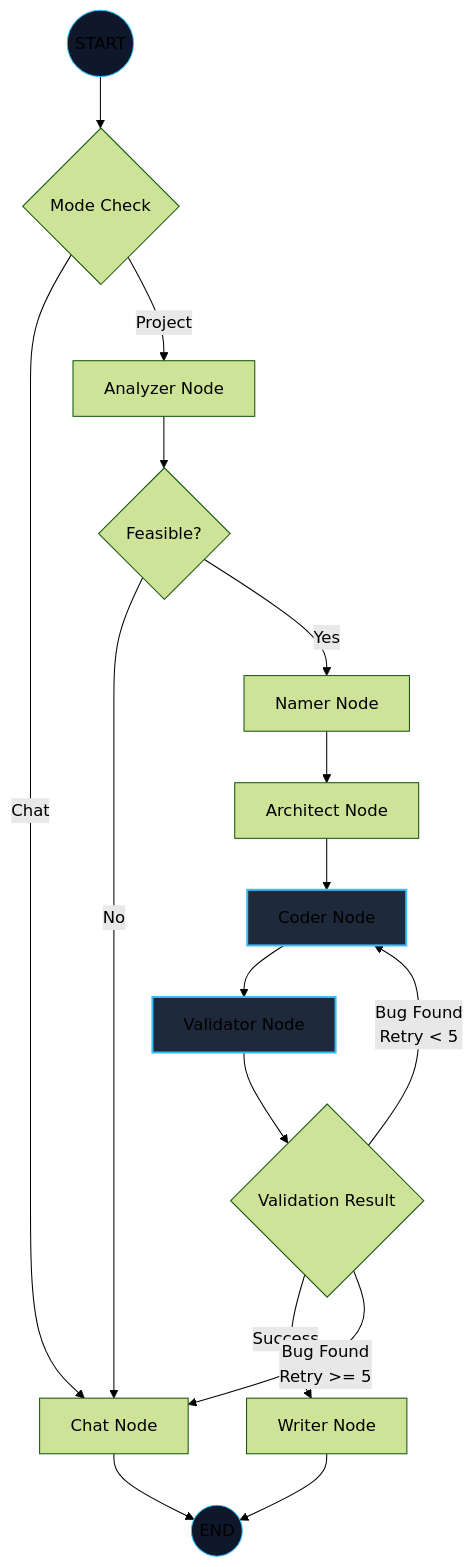
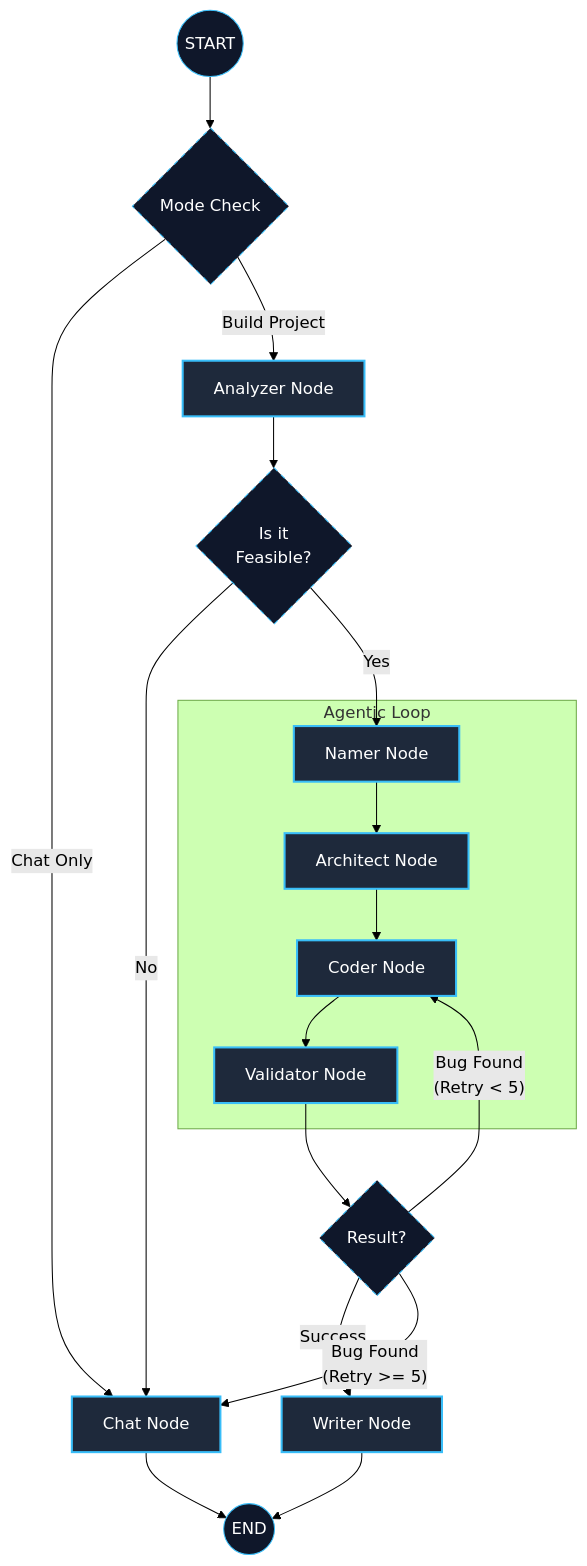
Before and after one commit to DurgaBhavani695/AgenticBuild: the diagram in README.md, drawn with Mermaid (forest theme). The commit also changed other lines of this file, not shown here.

Commit message:
docs: improve Mermaid diagram layout with subgraphs and non-overlapping edges

````diff
--- a/README.md
+++ b/README.md
@@ -13,27 +13,41 @@
 ```mermaid
 graph TD
+    %% Entry Point
     START((START)) --> Mode{Mode Check}
-    Mode -- Chat --> Chat[Chat Node]
-    Mode -- Project --> Analyzer[Analyzer Node]
     
-    Analyzer --> Feasible{Feasible?}
-    Feasible -- No --> Chat
-    Feasible -- Yes --> Namer[Namer Node]
+    %% Main Branches
+    Mode -- "Chat Only" --> Chat[Chat Node]
+    Mode -- "Build Project" --> Analyzer[Analyzer Node]
     
-    Namer --> Architect[Architect Node]
-    Architect --> Coder[Coder Node]
-    Coder --> Validator[Validator Node]
+    %% Feasibility Gate
+    Analyzer --> Feasible{Is it<br/>Feasible?}
+    Feasible -- "No" --> Chat
+    Feasible -- "Yes" --> Namer[Namer Node]
     
-    Validator --> Result{Validation Result}
-    Result -- Success --> Writer[Writer Node]
-    Result -- Bug Found <br/> Retry < 5 --> Coder
-    Result -- Bug Found <br/> Retry >= 5 --> Chat
+    %% Build Flow
+    subgraph "Agentic Loop"
+        Namer --> Architect[Architect Node]
+        Architect --> Coder[Coder Node]
+        Coder --> Validator[Validator Node]
+    end
     
+    %% Self-Healing Logic
+    Validator --> Result{Result?}
+    Result -- "Success" --> Writer[Writer Node]
+    Result -- "Bug Found<br/>(Retry < 5)" --> Coder
+    Result -- "Bug Found<br/>(Retry >= 5)" --> Chat
+    
+    %% Endings
     Writer --> END((END))
     Chat --> END
     
-    style START fill:#0f172a,stroke:#38bdf8
-    style END fill:#0f172a,stroke:#38bdf8
-    style Coder fill:#1e293b,stroke:#38bdf8,stroke-width:2px
-    style Validator fill:#1e293b,stroke:#38bdf8,stroke-width:2px
+    %% Visual Styles
+    style START fill:#0f172a,stroke:#38bdf8,color:#fff
+    style END fill:#0f172a,stroke:#38bdf8,color:#fff
+    
+    classDef expertNode fill:#1e293b,stroke:#38bdf8,stroke-width:2px,color:#fff
+    class Analyzer,Chat,Namer,Architect,Coder,Validator,Writer expertNode
+    
+    classDef decision fill:#0f172a,stroke:#38bdf8,stroke-dasharray: 5 5,color:#fff
+    class Mode,Feasible,Result decision
 ```
````
